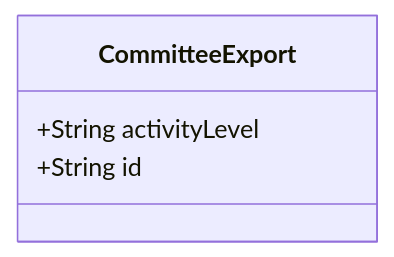
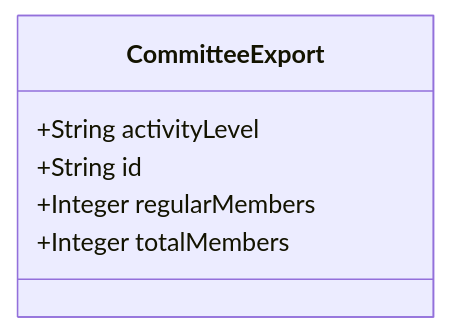
One commit to Hack23/cia changed the diagram in json-export-specs/schemas/committee-schema-validated.md. Above: the diagram before and after it, drawn with Mermaid. The commit also changed other lines of this file and 9 other files, not shown here.

````diff
--- a/json-export-specs/schemas/committee-schema-validated.md
+++ b/json-export-specs/schemas/committee-schema-validated.md
@@ -19,7 +19,9 @@
 ```mermaid
 classDiagram
     class CommitteeExport {
         +String activityLevel
         +String id
+        +Integer regularMembers
+        +Integer totalMembers
     }
 ```
````
